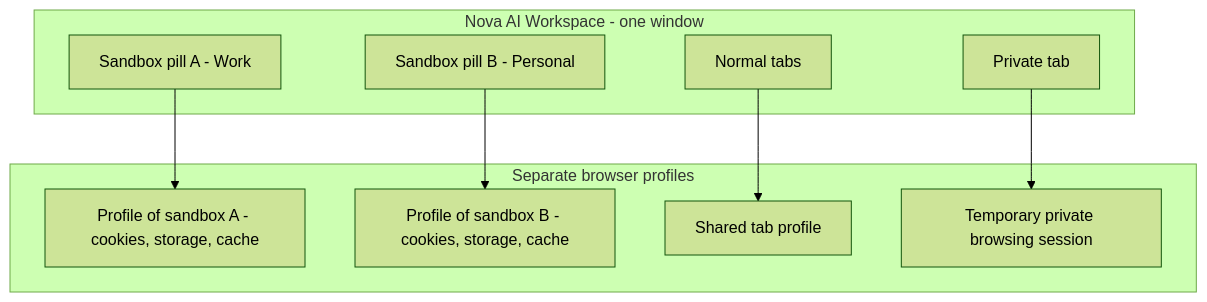
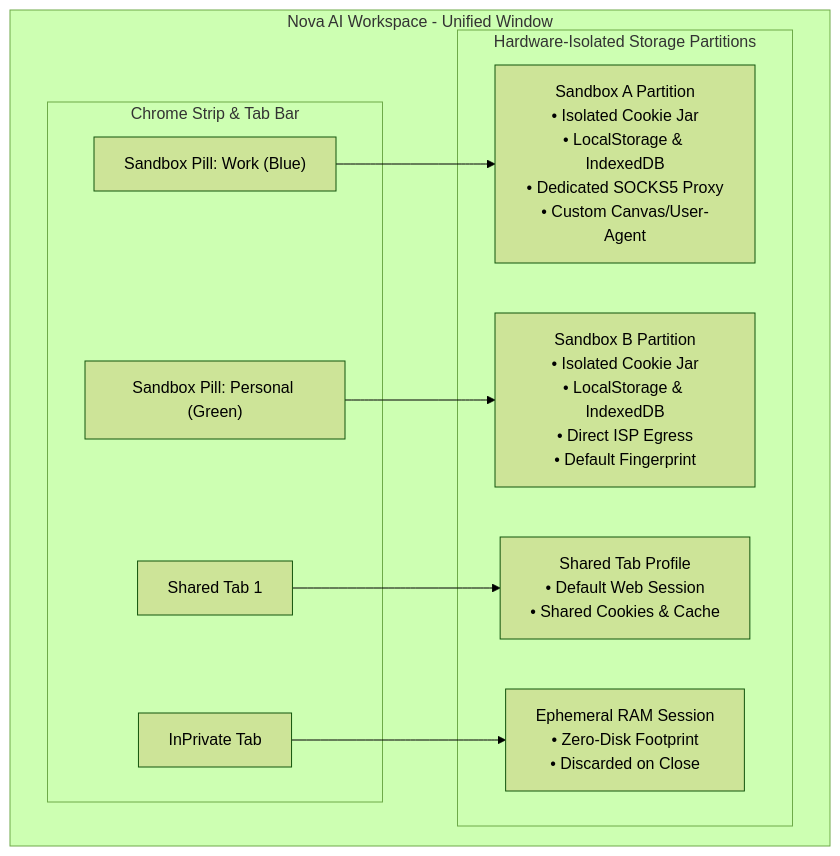
Before and after one commit to joelaniol/nova: the diagram in docs/user-guide/identity-and-security/sandboxes-and-profiles.md, drawn with Mermaid (forest theme). The commit also changed other lines of this file and 4 other files, not shown here.

Commit message:
docs(user-guide): overhaul identity, security, and agent live observation guides

````diff
--- a/docs/user-guide/identity-and-security/sandboxes-and-profiles.md
+++ b/docs/user-guide/identity-and-security/sandboxes-and-profiles.md
@@ -17,21 +12,23 @@
 ```mermaid
 flowchart TD
-    subgraph NovaWindow["Nova AI Workspace - one window"]
-        PillA["Sandbox pill A - Work"]
-        PillB["Sandbox pill B - Personal"]
-        Tabs["Normal tabs"]
-        Private["Private tab"]
+    subgraph Window ["Nova AI Workspace - Unified Window"]
+        subgraph TopBar ["Chrome Strip & Tab Bar"]
+            PillA["Sandbox Pill: Work (Blue)"]
+            PillB["Sandbox Pill: Personal (Green)"]
+            SharedTab["Shared Tab 1"]
+            PrivateTab["InPrivate Tab"]
+        end
+
+        subgraph CoreProfiles ["Hardware-Isolated Storage Partitions"]
+            PartA["Sandbox A Partition<br/>• Isolated Cookie Jar<br/>• LocalStorage & IndexedDB<br/>• Dedicated SOCKS5 Proxy<br/>• Custom Canvas/User-Agent"]
+            PartB["Sandbox B Partition<br/>• Isolated Cookie Jar<br/>• LocalStorage & IndexedDB<br/>• Direct ISP Egress<br/>• Default Fingerprint"]
+            PartShared["Shared Tab Profile<br/>• Default Web Session<br/>• Shared Cookies & Cache"]
+            PartRAM["Ephemeral RAM Session<br/>• Zero-Disk Footprint<br/>• Discarded on Close"]
+        end
     end
 
-    subgraph Profiles["Separate browser profiles"]
-        ProfA["Profile of sandbox A - cookies, storage, cache"]
-        ProfB["Profile of sandbox B - cookies, storage, cache"]
-        ProfTabs["Shared tab profile"]
-        ProfPrivate["Temporary private browsing session"]
-    end
-
-    PillA --> ProfA
-    PillB --> ProfB
-    Tabs --> ProfTabs
-    Private --> ProfPrivate
+    PillA --> PartA
+    PillB --> PartB
+    SharedTab --> PartShared
+    PrivateTab --> PartRAM
 ```
````
